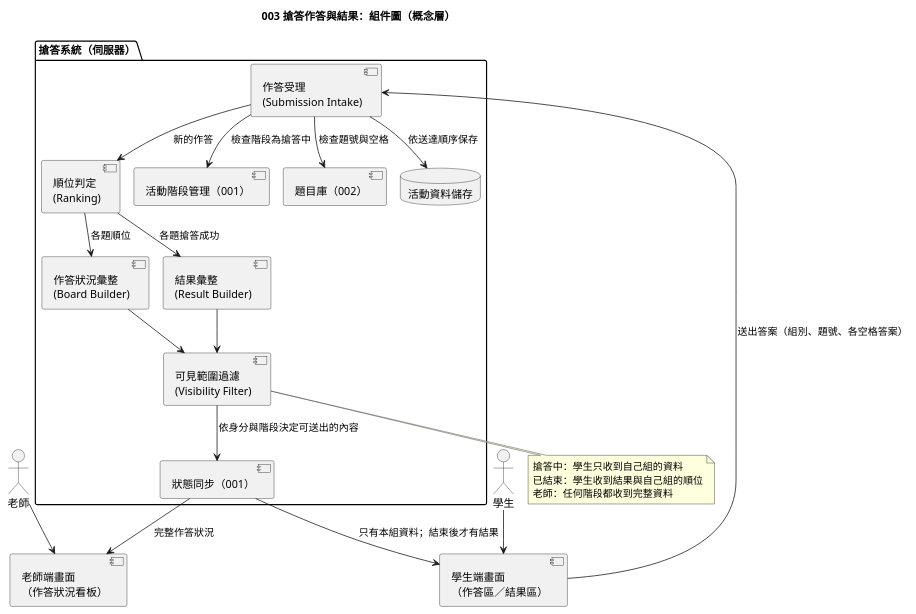
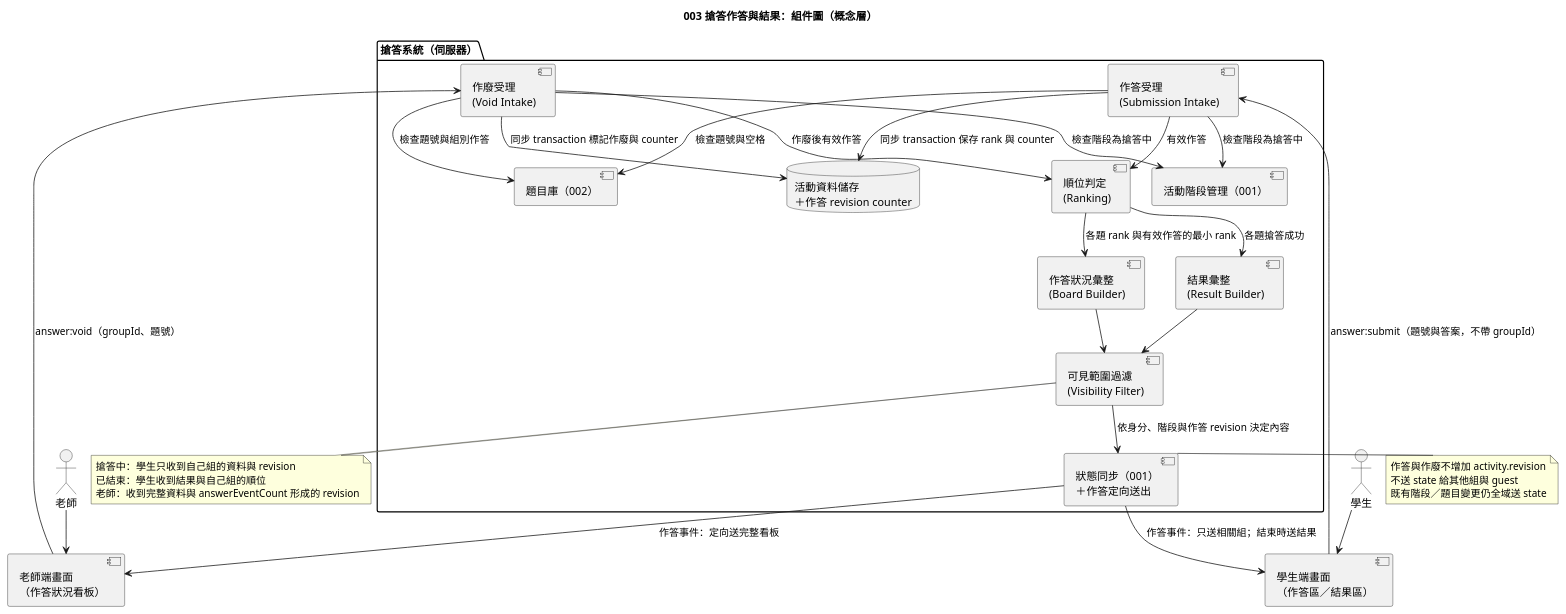
Before and after one commit to Danielweng0902/Answering-System_speckit: the diagram in diagrams/003-buzz-in-component.puml, drawn with PlantUML. The commit also changed 15 other files, not shown here.

Commit message:
003 buzz-in：spec 與設計文件（作廢釐清更新、plan、tasks、contracts、data-model、quickstart、圖表與 playbook 更新）

```diff
--- a/diagrams/003-buzz-in-component.puml
+++ b/diagrams/003-buzz-in-component.puml
@@ -1,42 +1,54 @@
 @startuml
 !pragma layout smetana
 title 003 搶答作答與結果：組件圖（概念層）
 
 actor 老師
 actor 學生
 component "老師端畫面\n（作答狀況看板）" as TeacherUI
 component "學生端畫面\n（作答區／結果區）" as StudentUI
 
 package "搶答系統（伺服器）" {
   component "作答受理\n(Submission Intake)" as Intake
+  component "作廢受理\n(Void Intake)" as VoidIntake
   component "順位判定\n(Ranking)" as Rank
   component "可見範圍過濾\n(Visibility Filter)" as Filter
   component "作答狀況彙整\n(Board Builder)" as Board
   component "結果彙整\n(Result Builder)" as Result
-  component "狀態同步（001）" as Sync
+  component "狀態同步（001）\n＋作答定向送出" as Sync
   component "活動階段管理（001）" as Phase
   component "題目庫（002）" as Bank
-  database "活動資料儲存" as Store
+  database "活動資料儲存\n＋作答 revision counter" as Store
 }
 
 學生 --> StudentUI
 老師 --> TeacherUI
-StudentUI --> Intake : 送出答案（組別、題號、各空格答案）
+StudentUI --> Intake : answer:submit（題號與答案，不帶 groupId）
+TeacherUI --> VoidIntake : answer:void（groupId、題號）
 Intake --> Phase : 檢查階段為搶答中
+VoidIntake --> Phase : 檢查階段為搶答中
 Intake --> Bank : 檢查題號與空格
-Intake --> Store : 依送達順序保存
-Intake --> Rank : 新的作答
-Rank --> Board : 各題順位
+VoidIntake --> Bank : 檢查題號與組別作答
+Intake --> Store : 同步 transaction 保存 rank 與 counter
+VoidIntake --> Store : 同步 transaction 標記作廢與 counter
+Intake --> Rank : 有效作答
+VoidIntake --> Rank : 作廢後有效作答
+Rank --> Board : 各題 rank 與有效作答的最小 rank
 Rank --> Result : 各題搶答成功
 Board --> Filter
 Result --> Filter
-Filter --> Sync : 依身分與階段決定可送出的內容
-Sync --> TeacherUI : 完整作答狀況
-Sync --> StudentUI : 只有本組資料；結束後才有結果
+Filter --> Sync : 依身分、階段與作答 revision 決定內容
+Sync --> TeacherUI : 作答事件：定向送完整看板
+Sync --> StudentUI : 作答事件：只送相關組；結束時送結果
 
 note bottom of Filter
-  搶答中：學生只收到自己組的資料
+  搶答中：學生只收到自己組的資料與 revision
   已結束：學生收到結果與自己組的順位
-  老師：任何階段都收到完整資料
+  老師：收到完整資料與 answerEventCount 形成的 revision
+end note
+
+note right of Sync
+  作答與作廢不增加 activity.revision
+  不送 state 給其他組與 guest
+  既有階段／題目變更仍全域送 state
 end note
 @enduml
```
